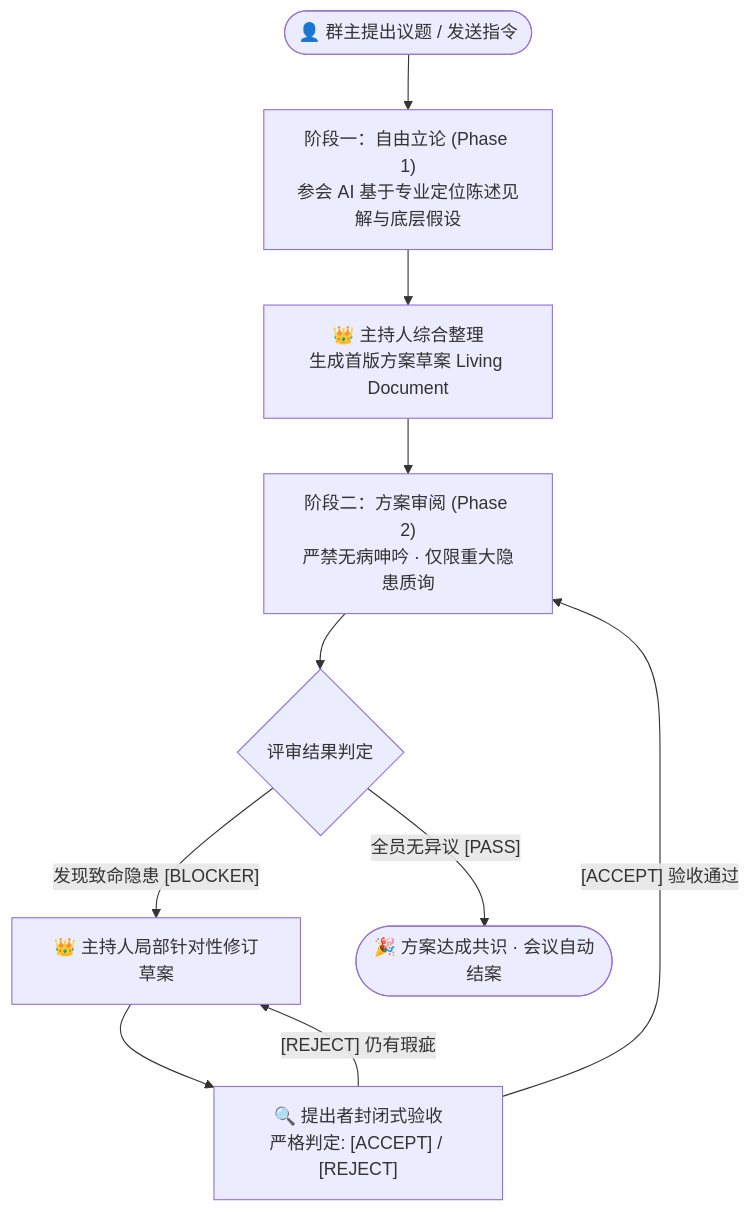
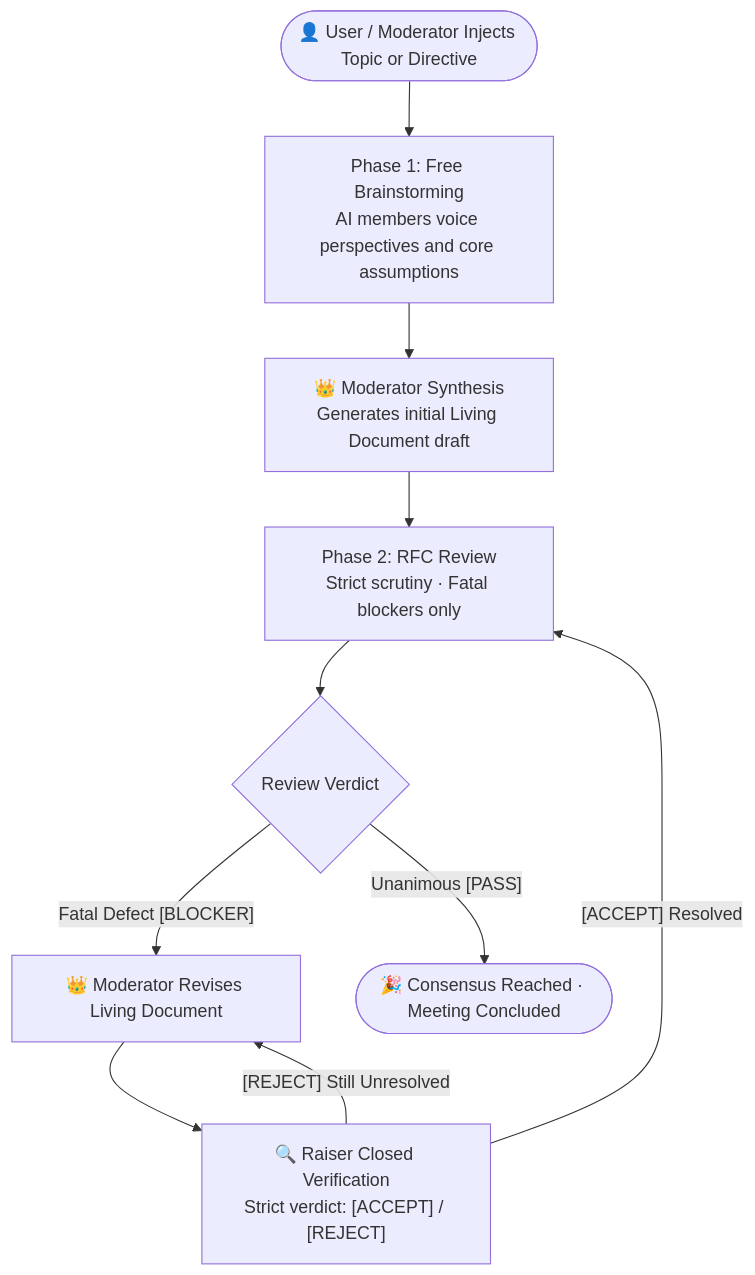
One commit to BinaryAlan/ai-atelier changed the diagram in README.md. Above: the diagram before and after it, drawn with Mermaid. The commit also changed other lines of this file and 5 other files, not shown here.

````diff
--- a/README.md
+++ b/README.md
@@ -41,14 +46,14 @@
 ```mermaid
 flowchart TD
-    User(["👤 群主提出议题 / 发送指令"]) --> Phase1["阶段一：自由立论 (Phase 1)<br/>参会 AI 基于专业定位陈述见解与底层假设"]
-    Phase1 --> Synthesis["👑 主持人综合整理<br/>生成首版方案草案 Living Document"]
-    Synthesis --> Phase2["阶段二：方案审阅 (Phase 2)<br/>严禁无病呻吟 · 仅限重大隐患质询"]
+    User(["👤 User / Moderator Injects Topic or Directive"]) --> Phase1["Phase 1: Free Brainstorming<br/>AI members voice perspectives and core assumptions"]
+    Phase1 --> Synthesis["👑 Moderator Synthesis<br/>Generates initial Living Document draft"]
+    Synthesis --> Phase2["Phase 2: RFC Review<br/>Strict scrutiny · Fatal blockers only"]
     
-    Phase2 --> Check{"评审结果判定"}
-    Check -->|"发现致命隐患 [BLOCKER]"| Revision["👑 主持人局部针对性修订草案"]
-    Revision --> Verify["🔍 提出者封闭式验收<br/>严格判定: [ACCEPT] / [REJECT]"]
-    Verify -->|"[ACCEPT] 验收通过"| Phase2
-    Verify -->|"[REJECT] 仍有瑕疵"| Revision
+    Phase2 --> Check{"Review Verdict"}
+    Check -->|"Fatal Defect [BLOCKER]"| Revision["👑 Moderator Revises Living Document"]
+    Revision --> Verify["🔍 Raiser Closed Verification<br/>Strict verdict: [ACCEPT] / [REJECT]"]
+    Verify -->|"[ACCEPT] Resolved"| Phase2
+    Verify -->|"[REJECT] Still Unresolved"| Revision
     
-    Check -->|"全员无异议 [PASS]"| Concluded(["🎉 方案达成共识 · 会议自动结案"])
+    Check -->|"Unanimous [PASS]"| Concluded(["🎉 Consensus Reached · Meeting Concluded"])
 ```
````
